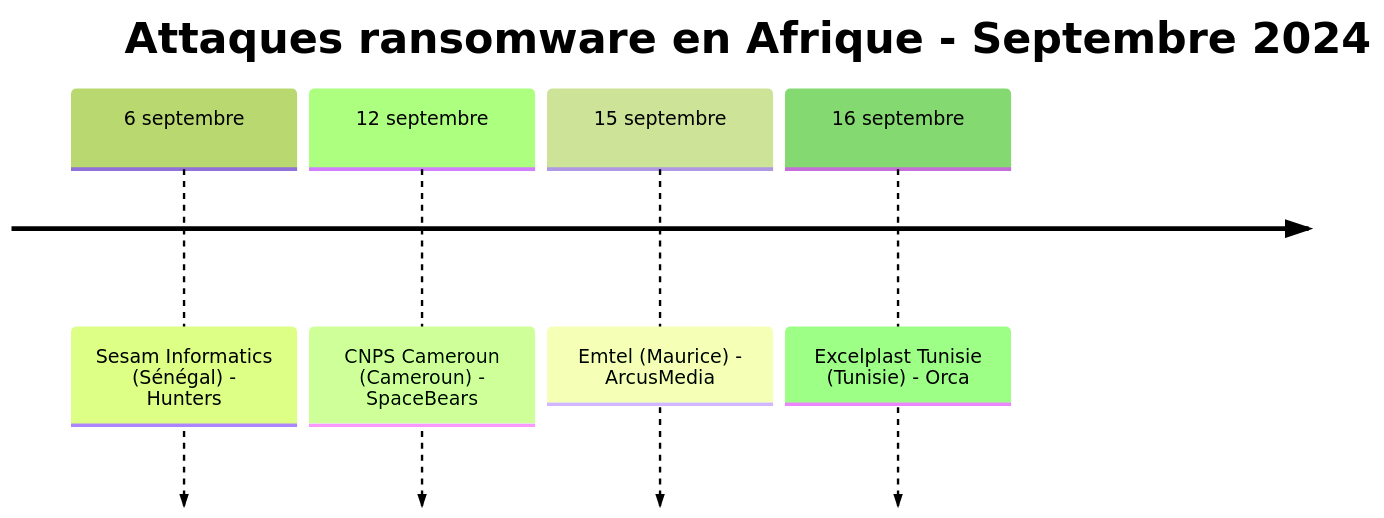
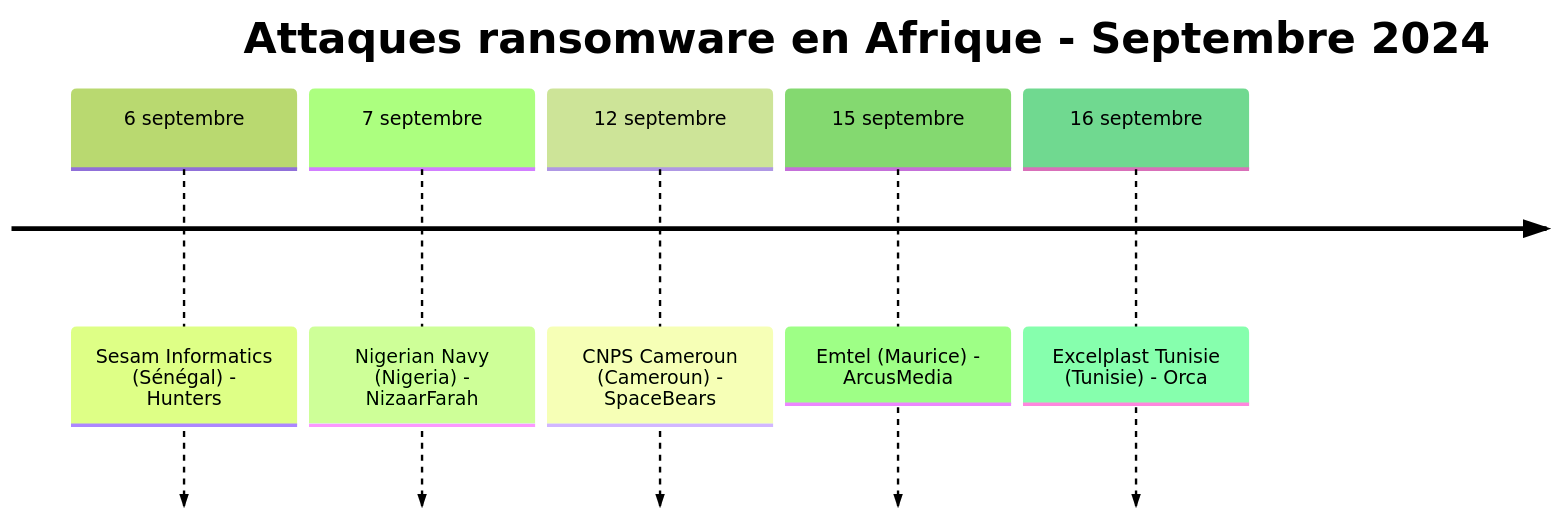
Before and after one commit to Hatchepsoute/AFRINTEL: the first of 4 diagrams in CyberAttackAfrica/2024/09-september/README_FR.md, drawn with Mermaid (forest theme). The commit also changed other lines of this file and 255 other files, not shown here.

````diff
--- a/CyberAttackAfrica/2024/09-september/README_FR.md
+++ b/CyberAttackAfrica/2024/09-september/README_FR.md
@@ -35,8 +36,9 @@
 ```mermaid
 timeline
     title Attaques ransomware en Afrique - Septembre 2024
     6 septembre : Sesam Informatics (Sénégal) - Hunters
+    7 septembre : Nigerian Navy (Nigeria) - NizaarFarah
     12 septembre : CNPS Cameroun (Cameroun) - SpaceBears
     15 septembre : Emtel (Maurice) - ArcusMedia
     16 septembre : Excelplast Tunisie (Tunisie) - Orca
 ```
````
